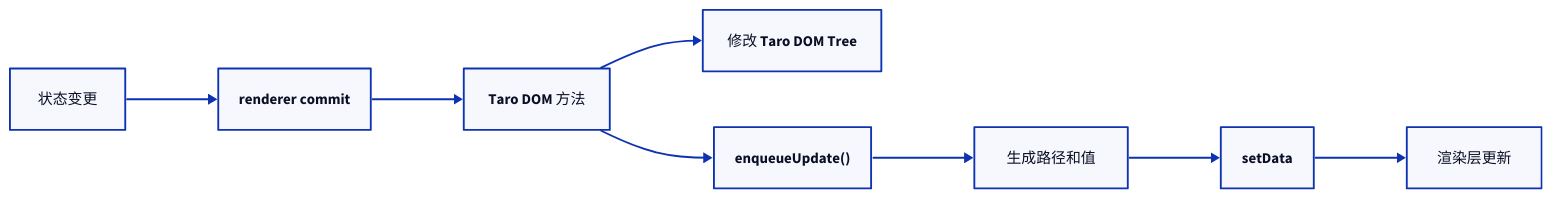
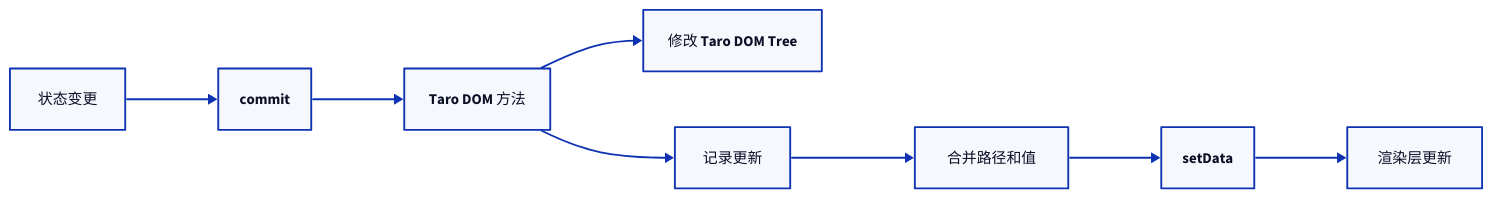
The fifth of 7 diagrams in apps/docs/experiences/微信小程序/Taro 原理与实践.md (youngluo/thinking), drawn with D2 before and after one commit. The commit also changed other lines of this file, not shown here.

Commit message:
docs: polish Taro architecture article

````diff
--- a/apps/docs/experiences/微信小程序/Taro 原理与实践.md
+++ b/apps/docs/experiences/微信小程序/Taro 原理与实践.md
@@ -390,18 +383,18 @@
 ```d2
 direction: right
 
 state: 状态变更
-commit: renderer commit
+commit: commit
 method: Taro DOM 方法
 tree: 修改 Taro DOM Tree
-enqueue: "enqueueUpdate()"
-patch: 生成路径和值
+record: 记录更新
+patch: 合并路径和值
 bridge: setData
 view: 渲染层更新
 
 state -> commit -> method
 method -> tree
-method -> enqueue
-enqueue -> patch
+method -> record
+record -> patch
 patch -> bridge -> view
 ```
````
